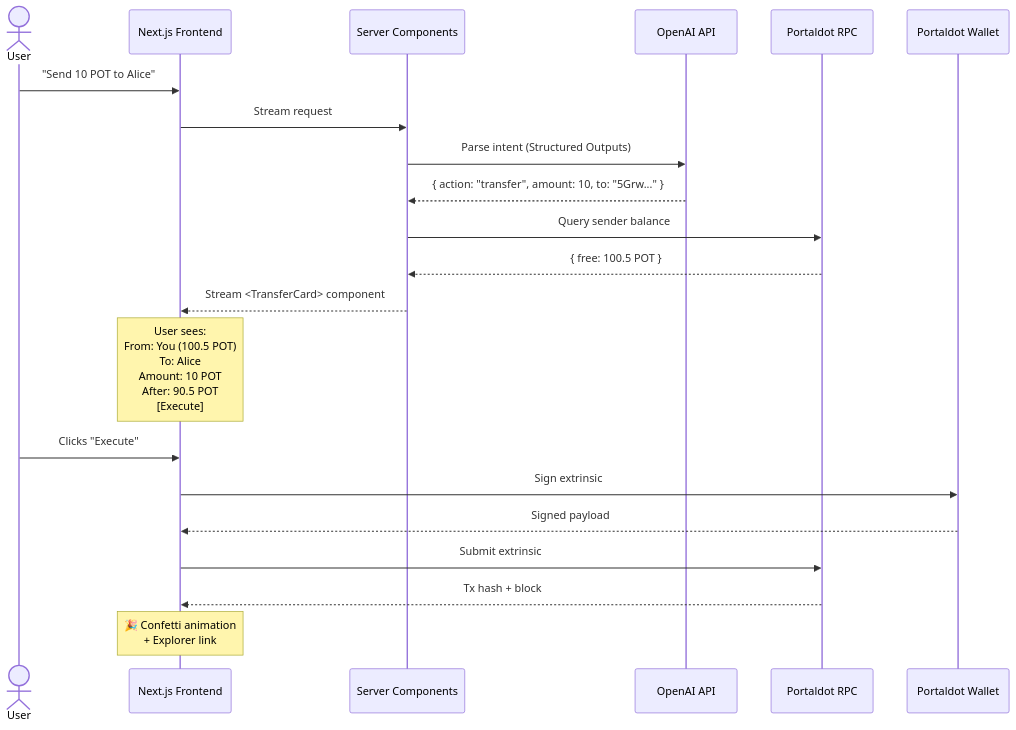
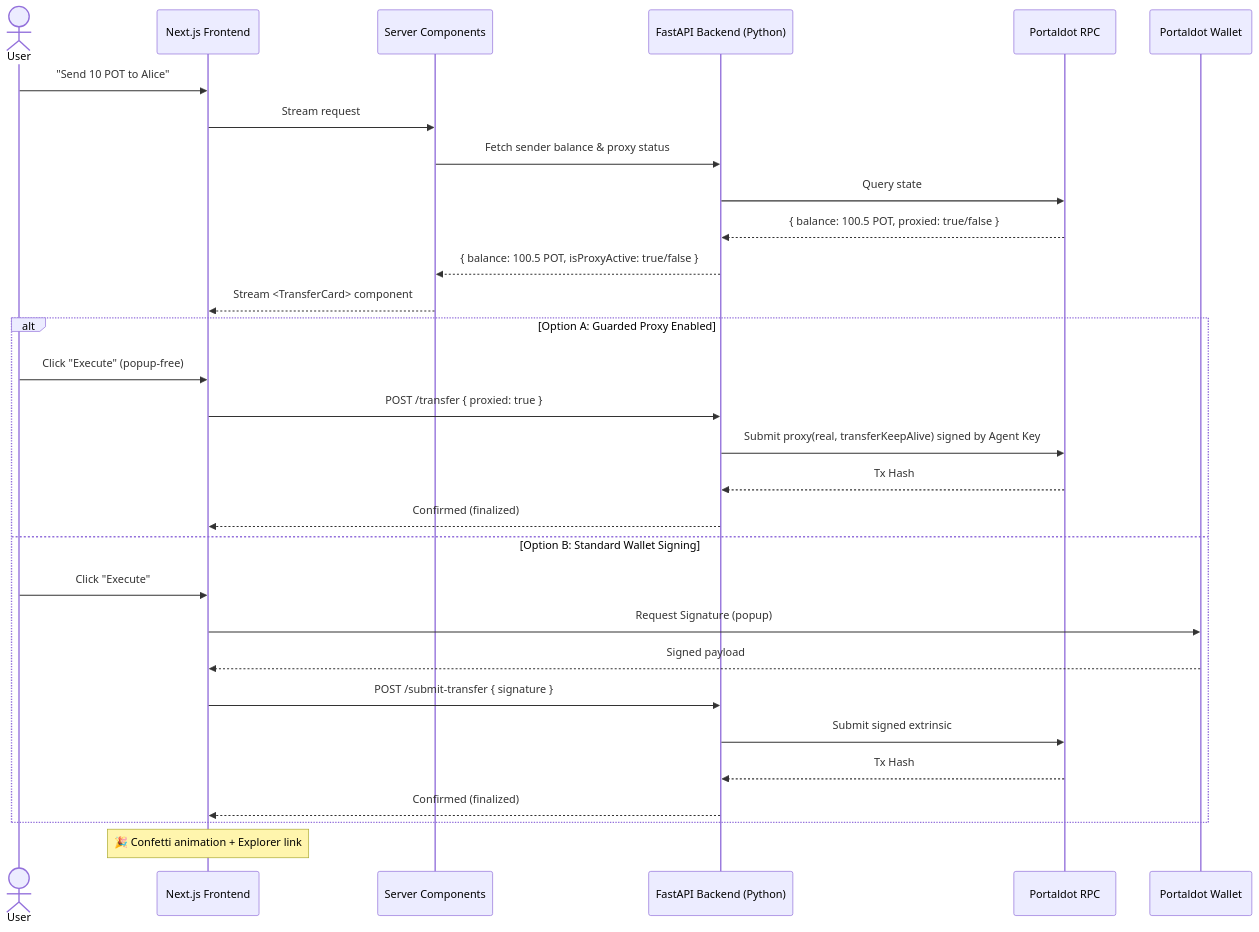
The second of 3 diagrams in README.md (edycutjong/portaldot-hackathon-2026-potdo-edycu), drawn with Mermaid before and after one commit. The commit also changed other lines of this file, not shown here.

Commit message:
docs: audit and update README.md to include Guarded Proxy architecture and Python API layer details

````diff
--- a/README.md
+++ b/README.md
@@ -151,24 +162,34 @@
 ```mermaid
 sequenceDiagram
     actor User
     participant UI as Next.js Frontend
     participant RSC as Server Components
-    participant AI as OpenAI API
+    participant API as FastAPI Backend (Python)
     participant RPC as Portaldot RPC
     participant Wallet as Portaldot Wallet
 
     User->>UI: "Send 10 POT to Alice"
     UI->>RSC: Stream request
-    RSC->>AI: Parse intent (Structured Outputs)
-    AI-->>RSC: { action: "transfer", amount: 10, to: "5Grw..." }
-    RSC->>RPC: Query sender balance
-    RPC-->>RSC: { free: 100.5 POT }
+    RSC->>API: Fetch sender balance & proxy status
+    API->>RPC: Query state
+    RPC-->>API: { balance: 100.5 POT, proxied: true/false }
+    API-->>RSC: { balance: 100.5 POT, isProxyActive: true/false }
     RSC-->>UI: Stream <TransferCard> component
-    Note over UI: User sees:<br/>From: You (100.5 POT)<br/>To: Alice<br/>Amount: 10 POT<br/>After: 90.5 POT<br/>[Execute]
-    User->>UI: Clicks "Execute"
-    UI->>Wallet: Sign extrinsic
-    Wallet-->>UI: Signed payload
-    UI->>RPC: Submit extrinsic
-    RPC-->>UI: Tx hash + block
-    Note over UI: 🎉 Confetti animation<br/>+ Explorer link
+    
+    alt Option A: Guarded Proxy Enabled
+        User->>UI: Click "Execute" (popup-free)
+        UI->>API: POST /transfer { proxied: true }
+        API->>RPC: Submit proxy(real, transferKeepAlive) signed by Agent Key
+        RPC-->>API: Tx Hash
+        API-->>UI: Confirmed (finalized)
+    else Option B: Standard Wallet Signing
+        User->>UI: Click "Execute"
+        UI->>Wallet: Request Signature (popup)
+        Wallet-->>UI: Signed payload
+        UI->>API: POST /submit-transfer { signature }
+        API->>RPC: Submit signed extrinsic
+        RPC-->>API: Tx Hash
+        API-->>UI: Confirmed (finalized)
+    end
+    Note over UI: 🎉 Confetti animation + Explorer link
 ```
````
